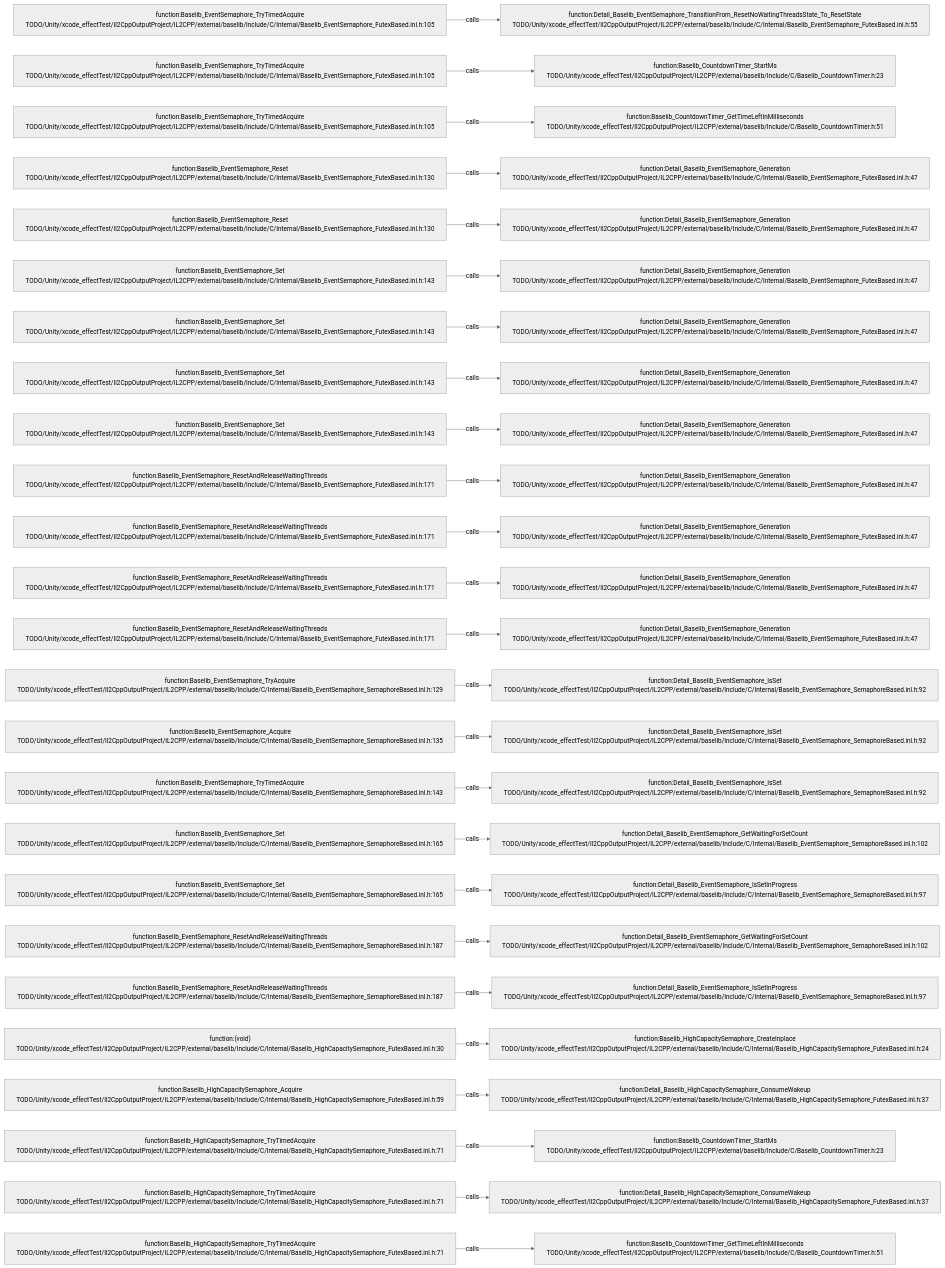
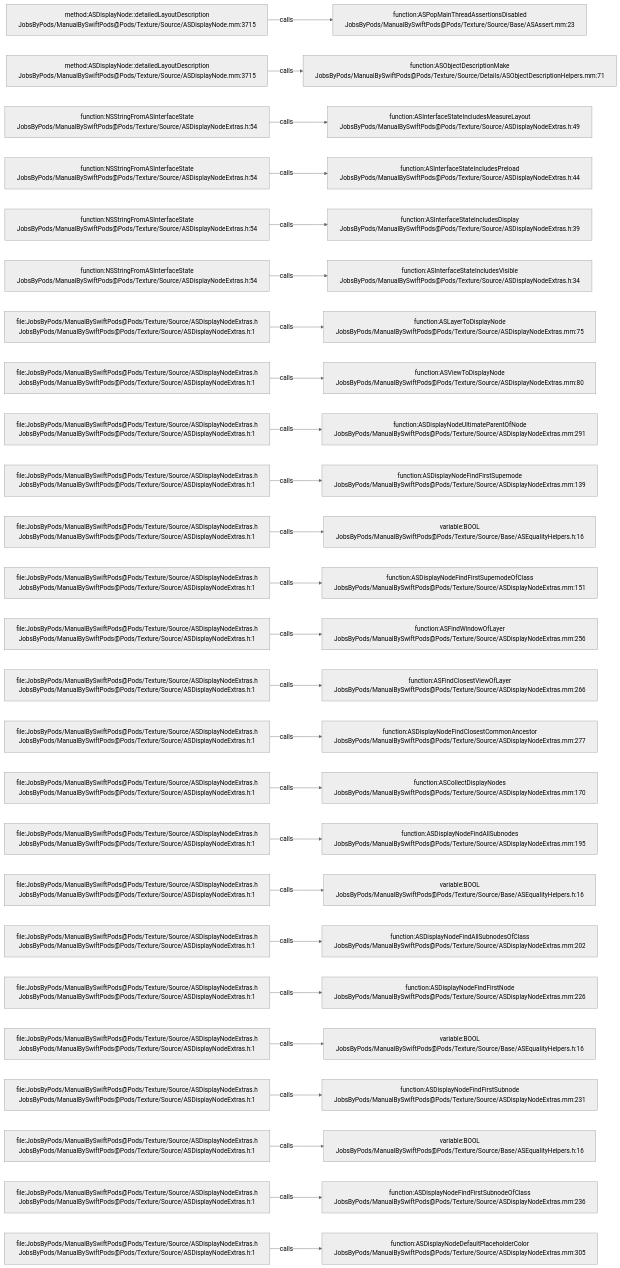
Before and after one commit to JobsKits/JobsSwiftBaseConfigDemo: the diagram in .codegraph/codegraph.md/graphs/calls-056.md, drawn with Mermaid (neutral theme). The commit also changed 2959 other files, not shown here.

````diff
--- a/.codegraph/codegraph.md/graphs/calls-056.md
+++ b/.codegraph/codegraph.md/graphs/calls-056.md
@@ -13,78 +13,78 @@
 ```mermaid
 flowchart LR
-  S1["function:Baselib_EventSemaphore_TryTimedAcquire<br/>TODO/Unity/xcode_effectTest/Il2CppOutputProject/IL2CPP/external/baselib/Include/C/Internal/Baselib_EventSemaphore_FutexBased.inl.h:105"]
-  T1["function:Detail_Baselib_EventSemaphore_TransitionFrom_ResetNoWaitingThreadsState_To_ResetState<br/>TODO/Unity/xcode_effectTest/Il2CppOutputProject/IL2CPP/external/baselib/Include/C/Internal/Baselib_EventSemaphore_FutexBased.inl.h:55"]
+  S1["method:ASDisplayNode::detailedLayoutDescription<br/>JobsByPods/ManualBySwiftPods@Pods/Texture/Source/ASDisplayNode.mm:3715"]
+  T1["function:ASPopMainThreadAssertionsDisabled<br/>JobsByPods/ManualBySwiftPods@Pods/Texture/Source/Base/ASAssert.mm:23"]
   S1 -->|calls| T1
-  S2["function:Baselib_EventSemaphore_TryTimedAcquire<br/>TODO/Unity/xcode_effectTest/Il2CppOutputProject/IL2CPP/external/baselib/Include/C/Internal/Baselib_EventSemaphore_FutexBased.inl.h:105"]
-  T2["function:Baselib_CountdownTimer_StartMs<br/>TODO/Unity/xcode_effectTest/Il2CppOutputProject/IL2CPP/external/baselib/Include/C/Baselib_CountdownTimer.h:23"]
+  S2["method:ASDisplayNode::detailedLayoutDescription<br/>JobsByPods/ManualBySwiftPods@Pods/Texture/Source/ASDisplayNode.mm:3715"]
+  T2["function:ASObjectDescriptionMake<br/>JobsByPods/ManualBySwiftPods@Pods/Texture/Source/Details/ASObjectDescriptionHelpers.mm:71"]
   S2 -->|calls| T2
-  S3["function:Baselib_EventSemaphore_TryTimedAcquire<br/>TODO/Unity/xcode_effectTest/Il2CppOutputProject/IL2CPP/external/baselib/Include/C/Internal/Baselib_EventSemaphore_FutexBased.inl.h:105"]
-  T3["function:Baselib_CountdownTimer_GetTimeLeftInMilliseconds<br/>TODO/Unity/xcode_effectTest/Il2CppOutputProject/IL2CPP/external/baselib/Include/C/Baselib_CountdownTimer.h:51"]
+  S3["function:NSStringFromASInterfaceState<br/>JobsByPods/ManualBySwiftPods@Pods/Texture/Source/ASDisplayNodeExtras.h:54"]
+  T3["function:ASInterfaceStateIncludesMeasureLayout<br/>JobsByPods/ManualBySwiftPods@Pods/Texture/Source/ASDisplayNodeExtras.h:49"]
   S3 -->|calls| T3
-  S4["function:Baselib_EventSemaphore_Reset<br/>TODO/Unity/xcode_effectTest/Il2CppOutputProject/IL2CPP/external/baselib/Include/C/Internal/Baselib_EventSemaphore_FutexBased.inl.h:130"]
-  T4["function:Detail_Baselib_EventSemaphore_Generation<br/>TODO/Unity/xcode_effectTest/Il2CppOutputProject/IL2CPP/external/baselib/Include/C/Internal/Baselib_EventSemaphore_FutexBased.inl.h:47"]
+  S4["function:NSStringFromASInterfaceState<br/>JobsByPods/ManualBySwiftPods@Pods/Texture/Source/ASDisplayNodeExtras.h:54"]
+  T4["function:ASInterfaceStateIncludesPreload<br/>JobsByPods/ManualBySwiftPods@Pods/Texture/Source/ASDisplayNodeExtras.h:44"]
   S4 -->|calls| T4
-  S5["function:Baselib_EventSemaphore_Reset<br/>TODO/Unity/xcode_effectTest/Il2CppOutputProject/IL2CPP/external/baselib/Include/C/Internal/Baselib_EventSemaphore_FutexBased.inl.h:130"]
-  T5["function:Detail_Baselib_EventSemaphore_Generation<br/>TODO/Unity/xcode_effectTest/Il2CppOutputProject/IL2CPP/external/baselib/Include/C/Internal/Baselib_EventSemaphore_FutexBased.inl.h:47"]
+  S5["function:NSStringFromASInterfaceState<br/>JobsByPods/ManualBySwiftPods@Pods/Texture/Source/ASDisplayNodeExtras.h:54"]
+  T5["function:ASInterfaceStateIncludesDisplay<br/>JobsByPods/ManualBySwiftPods@Pods/Texture/Source/ASDisplayNodeExtras.h:39"]
   S5 -->|calls| T5
-  S6["function:Baselib_EventSemaphore_Set<br/>TODO/Unity/xcode_effectTest/Il2CppOutputProject/IL2CPP/external/baselib/Include/C/Internal/Baselib_EventSemaphore_FutexBased.inl.h:143"]
-  T6["function:Detail_Baselib_EventSemaphore_Generation<br/>TODO/Unity/xcode_effectTest/Il2CppOutputProject/IL2CPP/external/baselib/Include/C/Internal/Baselib_EventSemaphore_FutexBased.inl.h:47"]
+  S6["function:NSStringFromASInterfaceState<br/>JobsByPods/ManualBySwiftPods@Pods/Texture/Source/ASDisplayNodeExtras.h:54"]
+  T6["function:ASInterfaceStateIncludesVisible<br/>JobsByPods/ManualBySwiftPods@Pods/Texture/Source/ASDisplayNodeExtras.h:34"]
   S6 -->|calls| T6
-  S7["function:Baselib_EventSemaphore_Set<br/>TODO/Unity/xcode_effectTest/Il2CppOutputProject/IL2CPP/external/baselib/Include/C/Internal/Baselib_EventSemaphore_FutexBased.inl.h:143"]
-  T7["function:Detail_Baselib_EventSemaphore_Generation<br/>TODO/Unity/xcode_effectTest/Il2CppOutputProject/IL2CPP/external/baselib/Include/C/Internal/Baselib_EventSemaphore_FutexBased.inl.h:47"]
+  S7["file:JobsByPods/ManualBySwiftPods@Pods/Texture/Source/ASDisplayNodeExtras.h<br/>JobsByPods/ManualBySwiftPods@Pods/Texture/Source/ASDisplayNodeExtras.h:1"]
+  T7["function:ASLayerToDisplayNode<br/>JobsByPods/ManualBySwiftPods@Pods/Texture/Source/ASDisplayNodeExtras.mm:75"]
   S7 -->|calls| T7
-  S8["function:Baselib_EventSemaphore_Set<br/>TODO/Unity/xcode_effectTest/Il2CppOutputProject/IL2CPP/external/baselib/Include/C/Internal/Baselib_EventSemaphore_FutexBased.inl.h:143"]
-  T8["function:Detail_Baselib_EventSemaphore_Generation<br/>TODO/Unity/xcode_effectTest/Il2CppOutputProject/IL2CPP/external/baselib/Include/C/Internal/Baselib_EventSemaphore_FutexBased.inl.h:47"]
+  S8["file:JobsByPods/ManualBySwiftPods@Pods/Texture/Source/ASDisplayNodeExtras.h<br/>JobsByPods/ManualBySwiftPods@Pods/Texture/Source/ASDisplayNodeExtras.h:1"]
+  T8["function:ASViewToDisplayNode<br/>JobsByPods/ManualBySwiftPods@Pods/Texture/Source/ASDisplayNodeExtras.mm:80"]
   S8 -->|calls| T8
-  S9["function:Baselib_EventSemaphore_Set<br/>TODO/Unity/xcode_effectTest/Il2CppOutputProject/IL2CPP/external/baselib/Include/C/Internal/Baselib_EventSemaphore_FutexBased.inl.h:143"]
-  T9["function:Detail_Baselib_EventSemaphore_Generation<br/>TODO/Unity/xcode_effectTest/Il2CppOutputProject/IL2CPP/external/baselib/Include/C/Internal/Baselib_EventSemaphore_FutexBased.inl.h:47"]
+  S9["file:JobsByPods/ManualBySwiftPods@Pods/Texture/Source/ASDisplayNodeExtras.h<br/>JobsByPods/ManualBySwiftPods@Pods/Texture/Source/ASDisplayNodeExtras.h:1"]
+  T9["function:ASDisplayNodeUltimateParentOfNode<br/>JobsByPods/ManualBySwiftPods@Pods/Texture/Source/ASDisplayNodeExtras.mm:291"]
   S9 -->|calls| T9
-  S10["function:Baselib_EventSemaphore_ResetAndReleaseWaitingThreads<br/>TODO/Unity/xcode_effectTest/Il2CppOutputProject/IL2CPP/external/baselib/Include/C/Internal/Baselib_EventSemaphore_FutexBased.inl.h:171"]
-  T10["function:Detail_Baselib_EventSemaphore_Generation<br/>TODO/Unity/xcode_effectTest/Il2CppOutputProject/IL2CPP/external/baselib/Include/C/Internal/Baselib_EventSemaphore_FutexBased.inl.h:47"]
+  S10["file:JobsByPods/ManualBySwiftPods@Pods/Texture/Source/ASDisplayNodeExtras.h<br/>JobsByPods/ManualBySwiftPods@Pods/Texture/Source/ASDisplayNodeExtras.h:1"]
+  T10["function:ASDisplayNodeFindFirstSupernode<br/>JobsByPods/ManualBySwiftPods@Pods/Texture/Source/ASDisplayNodeExtras.mm:139"]
   S10 -->|calls| T10
-  S11["function:Baselib_EventSemaphore_ResetAndReleaseWaitingThreads<br/>TODO/Unity/xcode_effectTest/Il2CppOutputProject/IL2CPP/external/baselib/Include/C/Internal/Baselib_EventSemaphore_FutexBased.inl.h:171"]
-  T11["function:Detail_Baselib_EventSemaphore_Generation<br/>TODO/Unity/xcode_effectTest/Il2CppOutputProject/IL2CPP/external/baselib/Include/C/Internal/Baselib_EventSemaphore_FutexBased.inl.h:47"]
+  S11["file:JobsByPods/ManualBySwiftPods@Pods/Texture/Source/ASDisplayNodeExtras.h<br/>JobsByPods/ManualBySwiftPods@Pods/Texture/Source/ASDisplayNodeExtras.h:1"]
+  T11["variable:BOOL<br/>JobsByPods/ManualBySwiftPods@Pods/Texture/Source/Base/ASEqualityHelpers.h:16"]
   S11 -->|calls| T11
-  S12["function:Baselib_EventSemaphore_ResetAndReleaseWaitingThreads<br/>TODO/Unity/xcode_effectTest/Il2CppOutputProject/IL2CPP/external/baselib/Include/C/Internal/Baselib_EventSemaphore_FutexBased.inl.h:171"]
-  T12["function:Detail_Baselib_EventSemaphore_Generation<br/>TODO/Unity/xcode_effectTest/Il2CppOutputProject/IL2CPP/external/baselib/Include/C/Internal/Baselib_EventSemaphore_FutexBased.inl.h:47"]
+  S12["file:JobsByPods/ManualBySwiftPods@Pods/Texture/Source/ASDisplayNodeExtras.h<br/>JobsByPods/ManualBySwiftPods@Pods/Texture/Source/ASDisplayNodeExtras.h:1"]
+  T12["function:ASDisplayNodeFindFirstSupernodeOfClass<br/>JobsByPods/ManualBySwiftPods@Pods/Texture/Source/ASDisplayNodeExtras.mm:151"]
   S12 -->|calls| T12
-  S13["function:Baselib_EventSemaphore_ResetAndReleaseWaitingThreads<br/>TODO/Unity/xcode_effectTest/Il2CppOutputProject/IL2CPP/external/baselib/Include/C/Internal/Baselib_EventSemaphore_FutexBased.inl.h:171"]
-  T13["function:Detail_Baselib_EventSemaphore_Generation<br/>TODO/Unity/xcode_effectTest/Il2CppOutputProject/IL2CPP/external/baselib/Include/C/Internal/Baselib_EventSemaphore_FutexBased.inl.h:47"]
+  S13["file:JobsByPods/ManualBySwiftPods@Pods/Texture/Source/ASDisplayNodeExtras.h<br/>JobsByPods/ManualBySwiftPods@Pods/Texture/Source/ASDisplayNodeExtras.h:1"]
+  T13["function:ASFindWindowOfLayer<br/>JobsByPods/ManualBySwiftPods@Pods/Texture/Source/ASDisplayNodeExtras.mm:256"]
   S13 -->|calls| T13
-  S14["function:Baselib_EventSemaphore_TryAcquire<br/>TODO/Unity/xcode_effectTest/Il2CppOutputProject/IL2CPP/external/baselib/Include/C/Internal/Baselib_EventSemaphore_SemaphoreBased.inl.h:129"]
-  T14["function:Detail_Baselib_EventSemaphore_IsSet<br/>TODO/Unity/xcode_effectTest/Il2CppOutputProject/IL2CPP/external/baselib/Include/C/Internal/Baselib_EventSemaphore_SemaphoreBased.inl.h:92"]
+  S14["file:JobsByPods/ManualBySwiftPods@Pods/Texture/Source/ASDisplayNodeExtras.h<br/>JobsByPods/ManualBySwiftPods@Pods/Texture/Source/ASDisplayNodeExtras.h:1"]
+  T14["function:ASFindClosestViewOfLayer<br/>JobsByPods/ManualBySwiftPods@Pods/Texture/Source/ASDisplayNodeExtras.mm:266"]
   S14 -->|calls| T14
-  S15["function:Baselib_EventSemaphore_Acquire<br/>TODO/Unity/xcode_effectTest/Il2CppOutputProject/IL2CPP/external/baselib/Include/C/Internal/Baselib_EventSemaphore_SemaphoreBased.inl.h:135"]
-  T15["function:Detail_Baselib_EventSemaphore_IsSet<br/>TODO/Unity/xcode_effectTest/Il2CppOutputProject/IL2CPP/external/baselib/Include/C/Internal/Baselib_EventSemaphore_SemaphoreBased.inl.h:92"]
+  S15["file:JobsByPods/ManualBySwiftPods@Pods/Texture/Source/ASDisplayNodeExtras.h<br/>JobsByPods/ManualBySwiftPods@Pods/Texture/Source/ASDisplayNodeExtras.h:1"]
+  T15["function:ASDisplayNodeFindClosestCommonAncestor<br/>JobsByPods/ManualBySwiftPods@Pods/Texture/Source/ASDisplayNodeExtras.mm:277"]
   S15 -->|calls| T15
-  S16["function:Baselib_EventSemaphore_TryTimedAcquire<br/>TODO/Unity/xcode_effectTest/Il2CppOutputProject/IL2CPP/external/baselib/Include/C/Internal/Baselib_EventSemaphore_SemaphoreBased.inl.h:143"]
-  T16["function:Detail_Baselib_EventSemaphore_IsSet<br/>TODO/Unity/xcode_effectTest/Il2CppOutputProject/IL2CPP/external/baselib/Include/C/Internal/Baselib_EventSemaphore_SemaphoreBased.inl.h:92"]
+  S16["file:JobsByPods/ManualBySwiftPods@Pods/Texture/Source/ASDisplayNodeExtras.h<br/>JobsByPods/ManualBySwiftPods@Pods/Texture/Source/ASDisplayNodeExtras.h:1"]
+  T16["function:ASCollectDisplayNodes<br/>JobsByPods/ManualBySwiftPods@Pods/Texture/Source/ASDisplayNodeExtras.mm:170"]
   S16 -->|calls| T16
-  S17["function:Baselib_EventSemaphore_Set<br/>TODO/Unity/xcode_effectTest/Il2CppOutputProject/IL2CPP/external/baselib/Include/C/Internal/Baselib_EventSemaphore_SemaphoreBased.inl.h:165"]
-  T17["function:Detail_Baselib_EventSemaphore_GetWaitingForSetCount<br/>TODO/Unity/xcode_effectTest/Il2CppOutputProject/IL2CPP/external/baselib/Include/C/Internal/Baselib_EventSemaphore_SemaphoreBased.inl.h:102"]
+  S17["file:JobsByPods/ManualBySwiftPods@Pods/Texture/Source/ASDisplayNodeExtras.h<br/>JobsByPods/ManualBySwiftPods@Pods/Texture/Source/ASDisplayNodeExtras.h:1"]
+  T17["function:ASDisplayNodeFindAllSubnodes<br/>JobsByPods/ManualBySwiftPods@Pods/Texture/Source/ASDisplayNodeExtras.mm:195"]
   S17 -->|calls| T17
-  S18["function:Baselib_EventSemaphore_Set<br/>TODO/Unity/xcode_effectTest/Il2CppOutputProject/IL2CPP/external/baselib/Include/C/Internal/Baselib_EventSemaphore_SemaphoreBased.inl.h:165"]
-  T18["function:Detail_Baselib_EventSemaphore_IsSetInProgress<br/>TODO/Unity/xcode_effectTest/Il2CppOutputProject/IL2CPP/external/baselib/Include/C/Internal/Baselib_EventSemaphore_SemaphoreBased.inl.h:97"]
+  S18["file:JobsByPods/ManualBySwiftPods@Pods/Texture/Source/ASDisplayNodeExtras.h<br/>JobsByPods/ManualBySwiftPods@Pods/Texture/Source/ASDisplayNodeExtras.h:1"]
+  T18["variable:BOOL<br/>JobsByPods/ManualBySwiftPods@Pods/Texture/Source/Base/ASEqualityHelpers.h:16"]
   S18 -->|calls| T18
-  S19["function:Baselib_EventSemaphore_ResetAndReleaseWaitingThreads<br/>TODO/Unity/xcode_effectTest/Il2CppOutputProject/IL2CPP/external/baselib/Include/C/Internal/Baselib_EventSemaphore_SemaphoreBased.inl.h:187"]
-  T19["function:Detail_Baselib_EventSemaphore_GetWaitingForSetCount<br/>TODO/Unity/xcode_effectTest/Il2CppOutputProject/IL2CPP/external/baselib/Include/C/Internal/Baselib_EventSemaphore_SemaphoreBased.inl.h:102"]
+  S19["file:JobsByPods/ManualBySwiftPods@Pods/Texture/Source/ASDisplayNodeExtras.h<br/>JobsByPods/ManualBySwiftPods@Pods/Texture/Source/ASDisplayNodeExtras.h:1"]
+  T19["function:ASDisplayNodeFindAllSubnodesOfClass<br/>JobsByPods/ManualBySwiftPods@Pods/Texture/Source/ASDisplayNodeExtras.mm:202"]
   S19 -->|calls| T19
-  S20["function:Baselib_EventSemaphore_ResetAndReleaseWaitingThreads<br/>TODO/Unity/xcode_effectTest/Il2CppOutputProject/IL2CPP/external/baselib/Include/C/Internal/Baselib_EventSemaphore_SemaphoreBased.inl.h:187"]
-  T20["function:Detail_Baselib_EventSemaphore_IsSetInProgress<br/>TODO/Unity/xcode_effectTest/Il2CppOutputProject/IL2CPP/external/baselib/Include/C/Internal/Baselib_EventSemaphore_SemaphoreBased.inl.h:97"]
+  S20["file:JobsByPods/ManualBySwiftPods@Pods/Texture/Source/ASDisplayNodeExtras.h<br/>JobsByPods/ManualBySwiftPods@Pods/Texture/Source/ASDisplayNodeExtras.h:1"]
+  T20["function:ASDisplayNodeFindFirstNode<br/>JobsByPods/ManualBySwiftPods@Pods/Texture/Source/ASDisplayNodeExtras.mm:226"]
   S20 -->|calls| T20
-  S21["function:(void)<br/>TODO/Unity/xcode_effectTest/Il2CppOutputProject/IL2CPP/external/baselib/Include/C/Internal/Baselib_HighCapacitySemaphore_FutexBased.inl.h:30"]
-  T21["function:Baselib_HighCapacitySemaphore_CreateInplace<br/>TODO/Unity/xcode_effectTest/Il2CppOutputProject/IL2CPP/external/baselib/Include/C/Internal/Baselib_HighCapacitySemaphore_FutexBased.inl.h:24"]
+  S21["file:JobsByPods/ManualBySwiftPods@Pods/Texture/Source/ASDisplayNodeExtras.h<br/>JobsByPods/ManualBySwiftPods@Pods/Texture/Source/ASDisplayNodeExtras.h:1"]
+  T21["variable:BOOL<br/>JobsByPods/ManualBySwiftPods@Pods/Texture/Source/Base/ASEqualityHelpers.h:16"]
   S21 -->|calls| T21
-  S22["function:Baselib_HighCapacitySemaphore_Acquire<br/>TODO/Unity/xcode_effectTest/Il2CppOutputProject/IL2CPP/external/baselib/Include/C/Internal/Baselib_HighCapacitySemaphore_FutexBased.inl.h:59"]
-  T22["function:Detail_Baselib_HighCapacitySemaphore_ConsumeWakeup<br/>TODO/Unity/xcode_effectTest/Il2CppOutputProject/IL2CPP/external/baselib/Include/C/Internal/Baselib_HighCapacitySemaphore_FutexBased.inl.h:37"]
+  S22["file:JobsByPods/ManualBySwiftPods@Pods/Texture/Source/ASDisplayNodeExtras.h<br/>JobsByPods/ManualBySwiftPods@Pods/Texture/Source/ASDisplayNodeExtras.h:1"]
+  T22["function:ASDisplayNodeFindFirstSubnode<br/>JobsByPods/ManualBySwiftPods@Pods/Texture/Source/ASDisplayNodeExtras.mm:231"]
   S22 -->|calls| T22
-  S23["function:Baselib_HighCapacitySemaphore_TryTimedAcquire<br/>TODO/Unity/xcode_effectTest/Il2CppOutputProject/IL2CPP/external/baselib/Include/C/Internal/Baselib_HighCapacitySemaphore_FutexBased.inl.h:71"]
-  T23["function:Baselib_CountdownTimer_StartMs<br/>TODO/Unity/xcode_effectTest/Il2CppOutputProject/IL2CPP/external/baselib/Include/C/Baselib_CountdownTimer.h:23"]
+  S23["file:JobsByPods/ManualBySwiftPods@Pods/Texture/Source/ASDisplayNodeExtras.h<br/>JobsByPods/ManualBySwiftPods@Pods/Texture/Source/ASDisplayNodeExtras.h:1"]
+  T23["variable:BOOL<br/>JobsByPods/ManualBySwiftPods@Pods/Texture/Source/Base/ASEqualityHelpers.h:16"]
   S23 -->|calls| T23
-  S24["function:Baselib_HighCapacitySemaphore_TryTimedAcquire<br/>TODO/Unity/xcode_effectTest/Il2CppOutputProject/IL2CPP/external/baselib/Include/C/Internal/Baselib_HighCapacitySemaphore_FutexBased.inl.h:71"]
-  T24["function:Detail_Baselib_HighCapacitySemaphore_ConsumeWakeup<br/>TODO/Unity/xcode_effectTest/Il2CppOutputProject/IL2CPP/external/baselib/Include/C/Internal/Baselib_HighCapacitySemaphore_FutexBased.inl.h:37"]
+  S24["file:JobsByPods/ManualBySwiftPods@Pods/Texture/Source/ASDisplayNodeExtras.h<br/>JobsByPods/ManualBySwiftPods@Pods/Texture/Source/ASDisplayNodeExtras.h:1"]
+  T24["function:ASDisplayNodeFindFirstSubnodeOfClass<br/>JobsByPods/ManualBySwiftPods@Pods/Texture/Source/ASDisplayNodeExtras.mm:236"]
   S24 -->|calls| T24
-  S25["function:Baselib_HighCapacitySemaphore_TryTimedAcquire<br/>TODO/Unity/xcode_effectTest/Il2CppOutputProject/IL2CPP/external/baselib/Include/C/Internal/Baselib_HighCapacitySemaphore_FutexBased.inl.h:71"]
-  T25["function:Baselib_CountdownTimer_GetTimeLeftInMilliseconds<br/>TODO/Unity/xcode_effectTest/Il2CppOutputProject/IL2CPP/external/baselib/Include/C/Baselib_CountdownTimer.h:51"]
+  S25["file:JobsByPods/ManualBySwiftPods@Pods/Texture/Source/ASDisplayNodeExtras.h<br/>JobsByPods/ManualBySwiftPods@Pods/Texture/Source/ASDisplayNodeExtras.h:1"]
+  T25["function:ASDisplayNodeDefaultPlaceholderColor<br/>JobsByPods/ManualBySwiftPods@Pods/Texture/Source/ASDisplayNodeExtras.mm:305"]
   S25 -->|calls| T25
 ```
````
